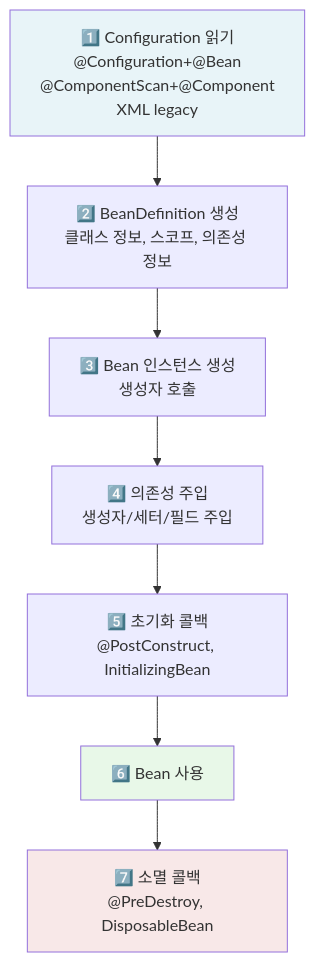
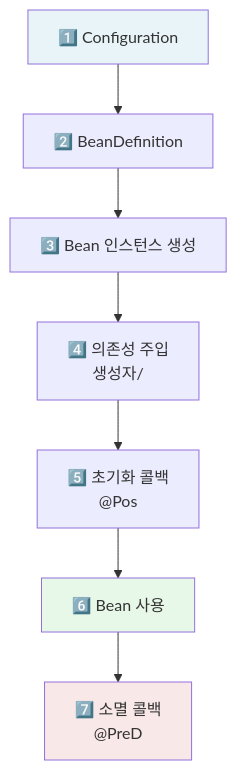
One commit to yjkim2015/yjkim2015.github.io changed the first of 7 diagrams in _posts/spring/2026-05-01-spring-ioc-di.md. Above: the diagram before and after it, drawn with Mermaid. The commit also changed other lines of this file and 271 other files, not shown here.

First line of the commit message:
Mermaid 라벨 축소: 긴 노드 텍스트 18자 이하로 트림 + \n 제거

````diff
--- a/_posts/spring/2026-05-01-spring-ioc-di.md
+++ b/_posts/spring/2026-05-01-spring-ioc-di.md
@@ -54,12 +54,12 @@
 ```mermaid
 graph TD
-    A["1️⃣ Configuration 읽기<br>@Configuration+@Bean<br>@ComponentScan+@Component<br>XML legacy"] --> B["2️⃣ BeanDefinition 생성<br>클래스 정보, 스코프, 의존성 정보"]
-    B --> C["3️⃣ Bean 인스턴스 생성<br>생성자 호출"]
-    C --> D["4️⃣ 의존성 주입<br>생성자/세터/필드 주입"]
-    D --> E["5️⃣ 초기화 콜백<br>@PostConstruct, InitializingBean"]
+    A["1️⃣ Configuration"] --> B["2️⃣ BeanDefinition"]
+    B --> C["3️⃣ Bean 인스턴스 생성<b"]
+    C --> D["4️⃣ 의존성 주입<br>생성자/"]
+    D --> E["5️⃣ 초기화 콜백<br>@Pos"]
     E --> F["6️⃣ Bean 사용"]
-    F --> G["7️⃣ 소멸 콜백<br>@PreDestroy, DisposableBean"]
+    F --> G["7️⃣ 소멸 콜백<br>@PreD"]
     style A fill:#e8f4f8
     style F fill:#e8f8e8
     style G fill:#f8e8e8
 ```
````
